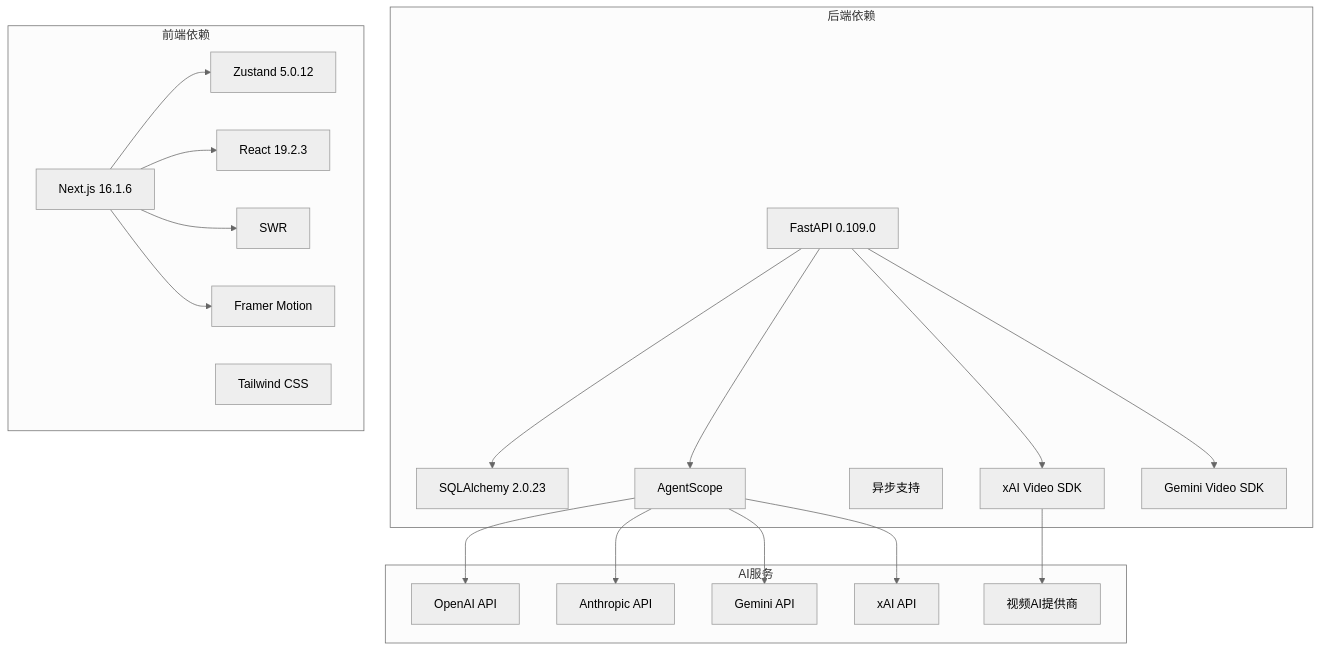
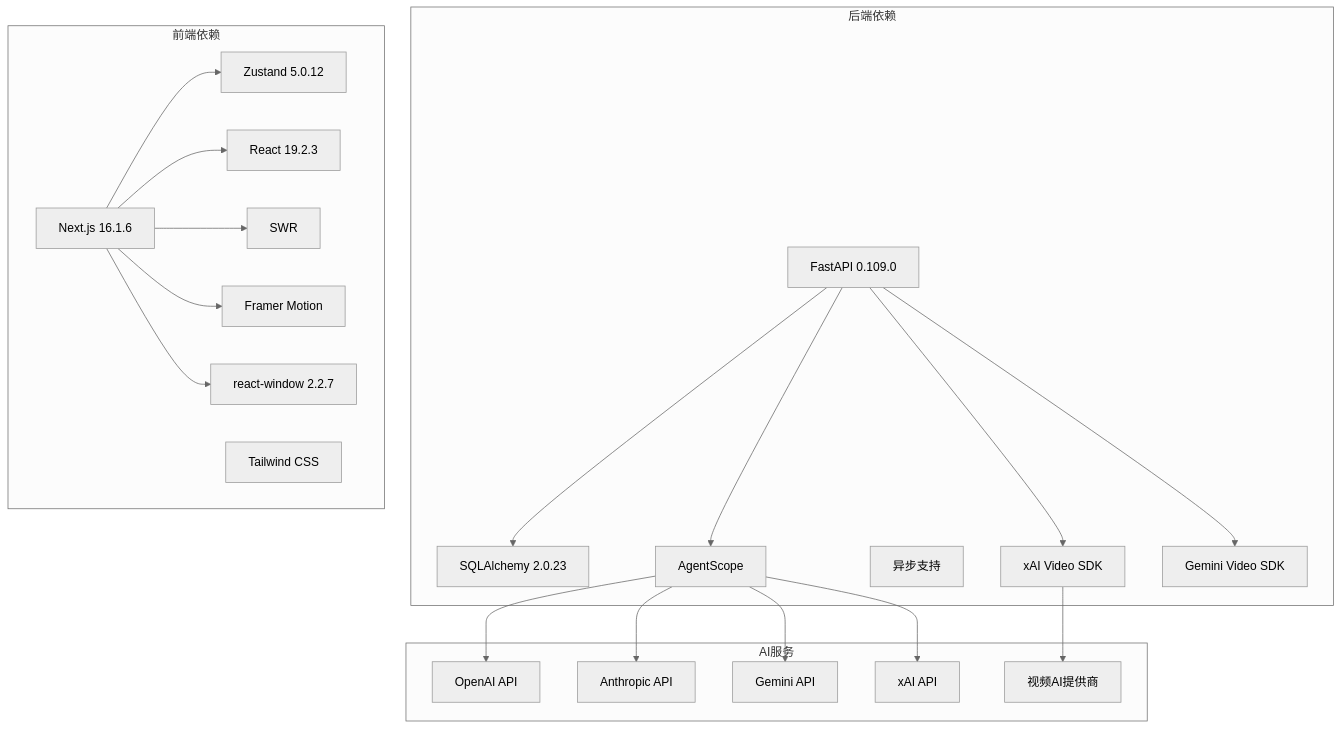
Diagram 25 of 26 in .qoder/repowiki/zh/content/前端应用架构/状态管理/Zustand Store 设计/增强的AI助手存储.md (KunLabAI/KunFlix), drawn with Mermaid (neutral theme) before and after one commit. The commit also changed other lines of this file and 22 other files, not shown here.

````diff
--- a/.qoder/repowiki/zh/content/前端应用架构/状态管理/Zustand Store 设计/增强的AI助手存储.md
+++ b/.qoder/repowiki/zh/content/前端应用架构/状态管理/Zustand Store 设计/增强的AI助手存储.md
@@ -702,39 +902,41 @@
 ```mermaid
 graph TB
 subgraph "后端依赖"
 FastAPI[FastAPI 0.109.0]
 SQLAlchemy[SQLAlchemy 2.0.23]
 AgentScope[AgentScope]
 Async[异步支持]
 VideoSDK[xAI Video SDK]
 GeminiSDK[Gemini Video SDK]
 end
 subgraph "前端依赖"
 NextJS[Next.js 16.1.6]
 Zustand[Zustand 5.0.12]
 React[React 19.2.3]
 Tailwind[Tailwind CSS]
 SWR[SWR]
 FramerMotion[Framer Motion]
+ReactWindow[react-window 2.2.7]
 end
 subgraph "AI服务"
 OpenAI[OpenAI API]
 Anthropic[Anthropic API]
 Gemini[Gemini API]
 XAI[xAI API]
 VideoProviders[视频AI提供商]
 end
 FastAPI --> AgentScope
 FastAPI --> SQLAlchemy
 FastAPI --> VideoSDK
 FastAPI --> GeminiSDK
 NextJS --> Zustand
 NextJS --> React
 NextJS --> SWR
 NextJS --> FramerMotion
+NextJS --> ReactWindow
 AgentScope --> OpenAI
 AgentScope --> Anthropic
 AgentScope --> Gemini
 AgentScope --> XAI
 VideoSDK --> VideoProviders
 ```
````
